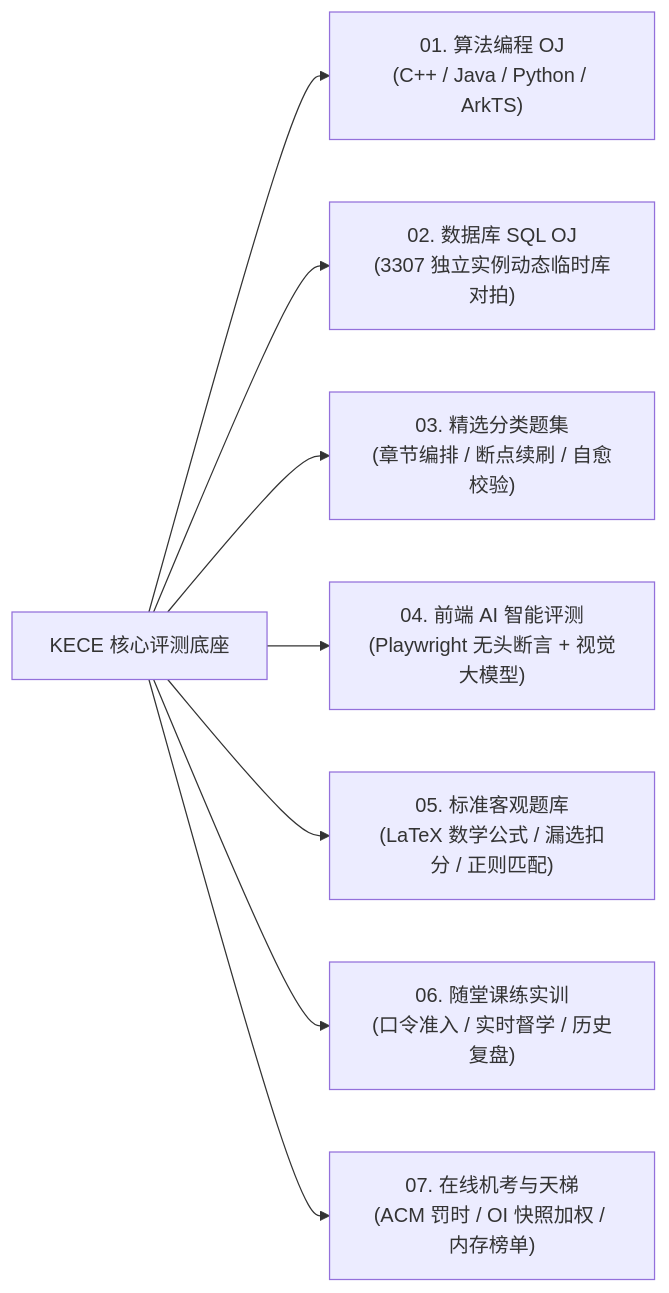
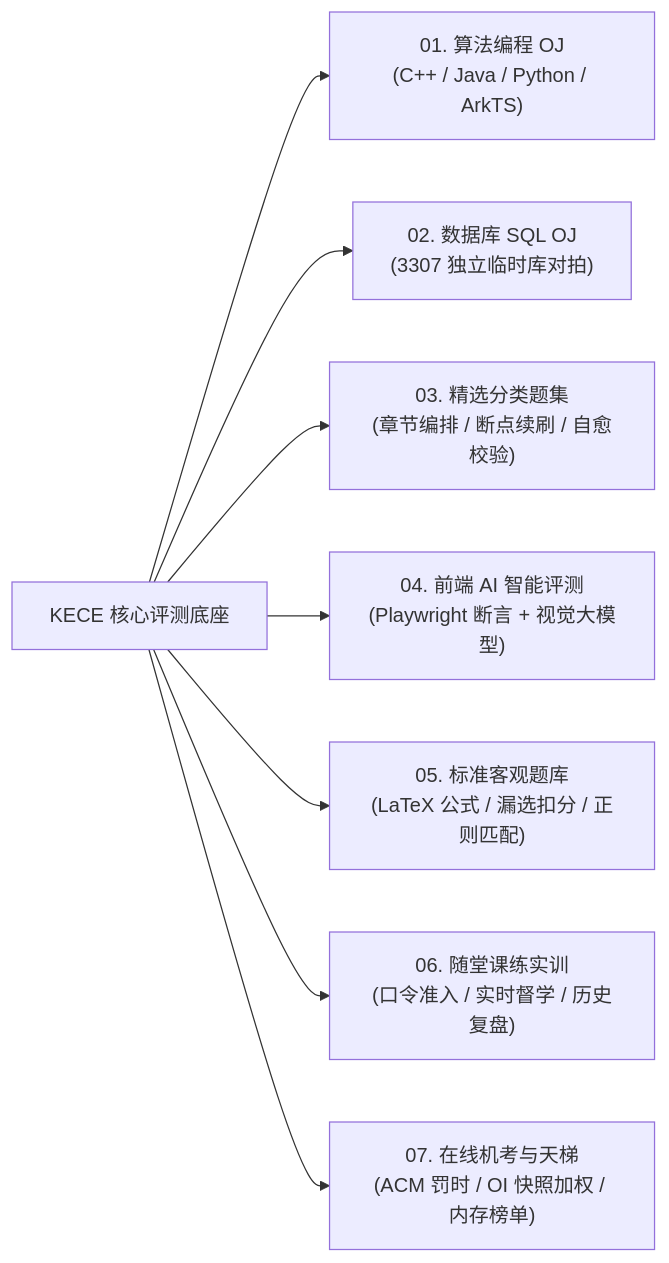
One commit to zheco68-collab/kece changed the first of 2 diagrams in README.md. Above: the diagram before and after it, drawn with Mermaid. The commit also changed other lines of this file, not shown here.

Commit message:
fix(docs): remove ascii character art and fix mermaid async judging topology diagram

````diff
--- a/README.md
+++ b/README.md
@@ -35,10 +35,10 @@
 ```mermaid
 flowchart LR
-    Core["KECE 核心评测底座"] --> M1["01. 算法编程 OJ\n(C++ / Java / Python / ArkTS)"]
-    Core --> M2["02. 数据库 SQL OJ\n(3307 独立实例动态临时库对拍)"]
-    Core --> M3["03. 精选分类题集\n(章节编排 / 断点续刷 / 自愈校验)"]
-    Core --> M4["04. 前端 AI 智能评测\n(Playwright 无头断言 + 视觉大模型)"]
-    Core --> M5["05. 标准客观题库\n(LaTeX 数学公式 / 漏选扣分 / 正则匹配)"]
-    Core --> M6["06. 随堂课练实训\n(口令准入 / 实时督学 / 历史复盘)"]
-    Core --> M7["07. 在线机考与天梯\n(ACM 罚时 / OI 快照加权 / 内存榜单)"]
+    Core["KECE 核心评测底座"] --> M1["01. 算法编程 OJ<br/>(C++ / Java / Python / ArkTS)"]
+    Core --> M2["02. 数据库 SQL OJ<br/>(3307 独立临时库对拍)"]
+    Core --> M3["03. 精选分类题集<br/>(章节编排 / 断点续刷 / 自愈校验)"]
+    Core --> M4["04. 前端 AI 智能评测<br/>(Playwright 断言 + 视觉大模型)"]
+    Core --> M5["05. 标准客观题库<br/>(LaTeX 公式 / 漏选扣分 / 正则匹配)"]
+    Core --> M6["06. 随堂课练实训<br/>(口令准入 / 实时督学 / 历史复盘)"]
+    Core --> M7["07. 在线机考与天梯<br/>(ACM 罚时 / OI 快照加权 / 内存榜单)"]
 ```
````
